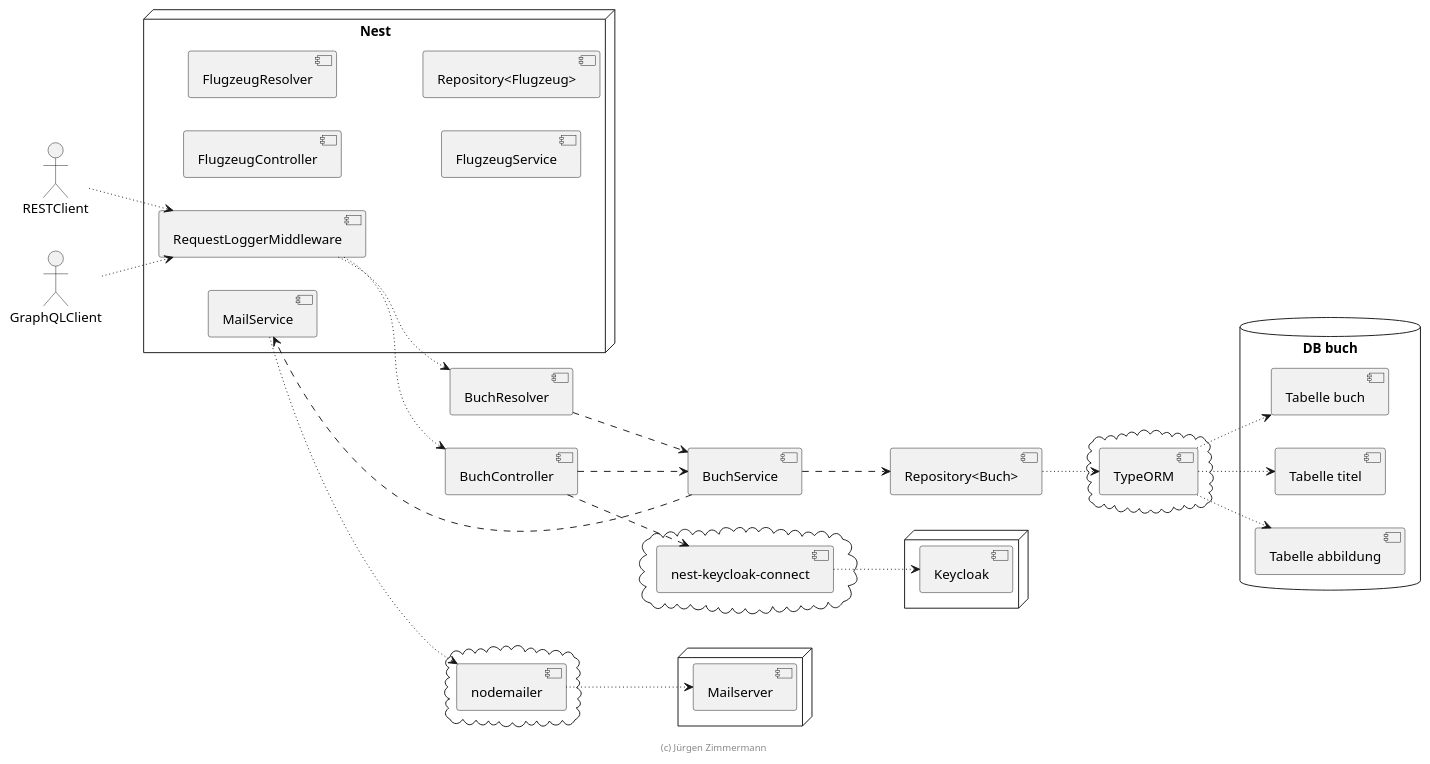
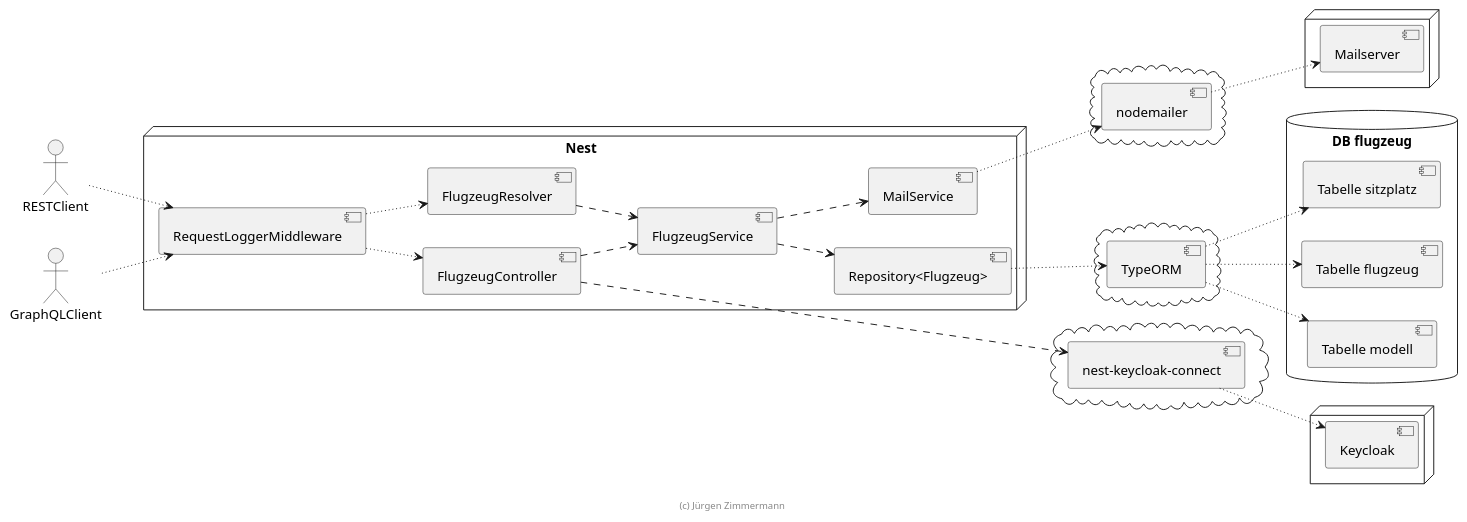
The diagram in .extras/doc/projekthandbuch/komponenten.plantuml (justinp3r/flugzeug-server), drawn with PlantUML before and after one commit. The commit also changed 19 other files, not shown here.

```diff
--- a/.extras/doc/projekthandbuch/komponenten.plantuml
+++ b/.extras/doc/projekthandbuch/komponenten.plantuml
@@ -18,74 +18,74 @@
 @startuml Komponenten
 
 left to right direction
 
 actor RESTClient
 actor GraphQLClient
 
 node "Nest" {
   [RequestLoggerMiddleware]
 
   [FlugzeugController]
   [FlugzeugResolver]
 
   [FlugzeugService]
 
   [Repository<Flugzeug>]
 
   [MailService]
 }
 
 
 cloud {
     [TypeORM]
 }
 
 cloud {
     [nest-keycloak-connect]
 }
 
 cloud {
     [nodemailer]
 }
 
-database "DB buch" {
-    [Tabelle buch]
-    [Tabelle titel]
-    [Tabelle abbildung]
+database "DB flugzeug" {
+    [Tabelle flugzeug]
+    [Tabelle modell]
+    [Tabelle sitzplatz]
 }
 
 node {
     [Keycloak]
 }
 
 node {
     [Mailserver]
 }
 
 RESTClient ~~> [RequestLoggerMiddleware]
 GraphQLClient ~~> [RequestLoggerMiddleware]
 
-[RequestLoggerMiddleware] ~~> [BuchController]
-[RequestLoggerMiddleware] ~~> [BuchResolver]
+[RequestLoggerMiddleware] ~~> [FlugzeugController]
+[RequestLoggerMiddleware] ~~> [FlugzeugResolver]
 
-[BuchController] ..> [BuchService]
-[BuchResolver] ..> [BuchService]
-[BuchService] ..> [Repository<Buch>]
+[FlugzeugController] ..> [FlugzeugService]
+[FlugzeugResolver] ..> [FlugzeugService]
+[FlugzeugService] ..> [Repository<Flugzeug>]
 
-[Repository<Buch>] ~~> [TypeORM]
-[TypeORM] ~~> [Tabelle buch]
-[TypeORM] ~~> [Tabelle titel]
-[TypeORM] ~~> [Tabelle abbildung]
+[Repository<Flugzeug>] ~~> [TypeORM]
+[TypeORM] ~~> [Tabelle flugzeug]
+[TypeORM] ~~> [Tabelle modell]
+[TypeORM] ~~> [Tabelle sitzplatz]
 
-[BuchController] ..> [nest-keycloak-connect]
+[FlugzeugController] ..> [nest-keycloak-connect]
 [nest-keycloak-connect] ~~> [Keycloak]
 
-[BuchService] ..> [MailService]
+[FlugzeugService] ..> [MailService]
 [MailService] ~~> [nodemailer]
 [nodemailer] ~~> [Mailserver]
 
 [MailService] ~[hidden]~> [nest-keycloak-connect]
 
 footer (c) Jürgen Zimmermann
 
 @enduml
```
